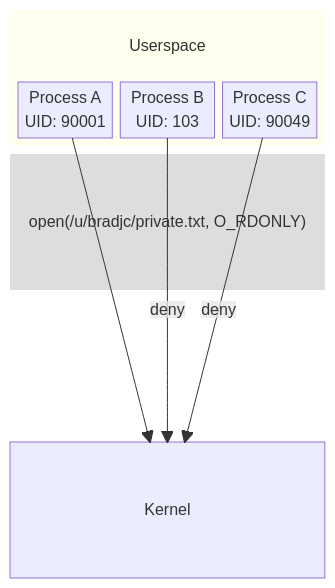
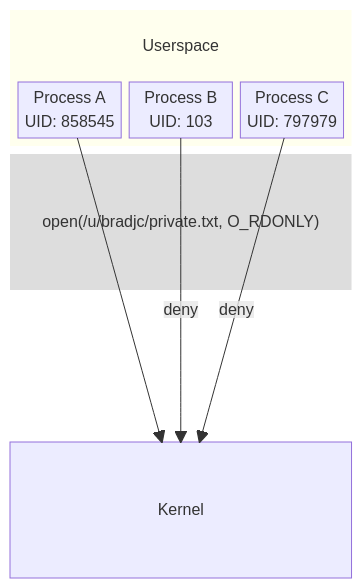
One commit to charlesreiss/cs3130-slides changed the diagram in quarto/accounts/_talk-inner.qmd. Above: the diagram before and after it, drawn with Mermaid. The commit also changed other lines of this file and 2 other files, not shown here.

Commit message:
minor account fixes

````diff
--- a/quarto/accounts/_talk-inner.qmd
+++ b/quarto/accounts/_talk-inner.qmd
@@ -21,32 +21,32 @@
 ```{mermaid}
 %%| fig-width: 5
 %%| fig-height: 3
 
 block-beta
   columns 3
   %% Userspace processes on one line
   block:Userspace:3
     columns 3
     T["Userspace"]:3
-    P1["Process A\nUID: 90001"]
+    P1["Process A\nUID: 858545"]
     P2["Process B\nUID: 103"]
-    P3["Process C\nUID: 90049"]
+    P3["Process C\nUID: 797979"]
   end
 
 
   I["open(/u/bradjc/private.txt, O_RDONLY)"]:3
 
   space:3
 
   D["Kernel"]:3
 
 
   P1 --> D
   P2 -- "deny" --> D
   P3 -- "deny" --> D
 
 
   style T fill:none,stroke:none;
   style I fill:#ddd,stroke:none;
   style Userspace stroke:none;
 ```
````
